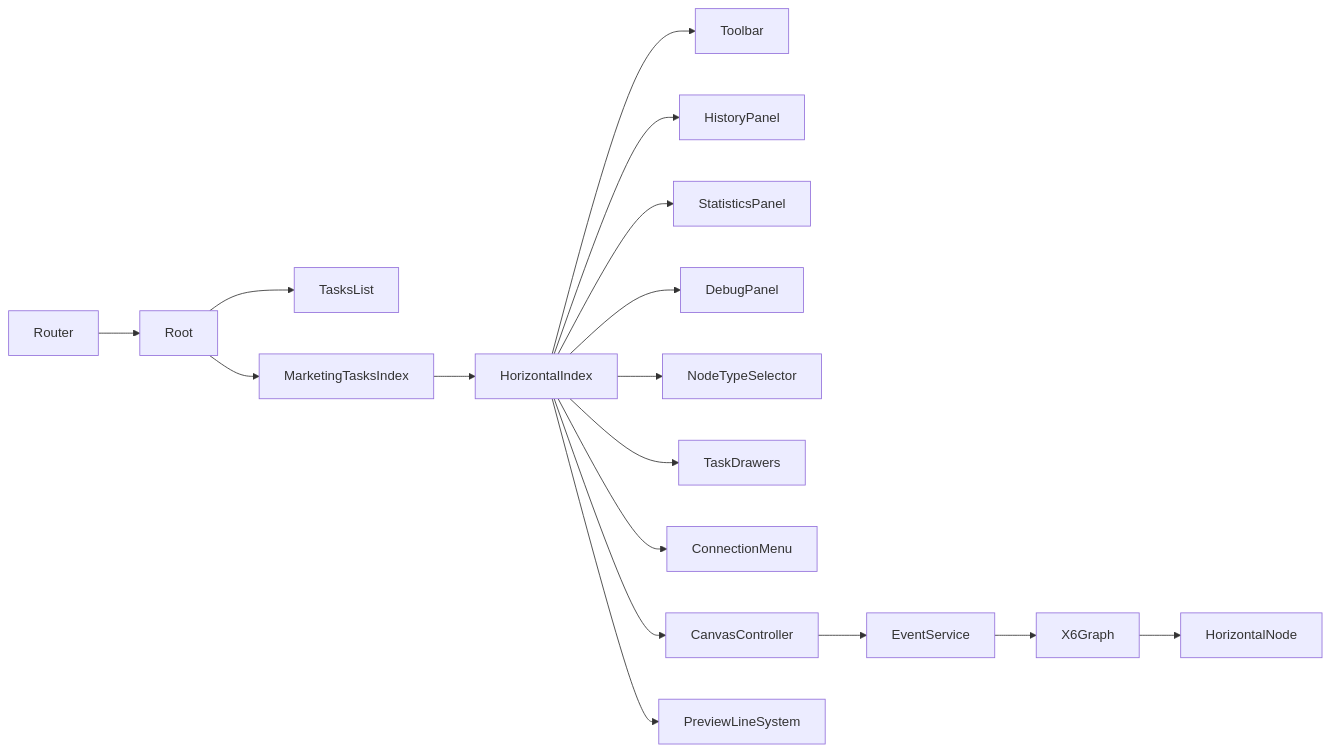
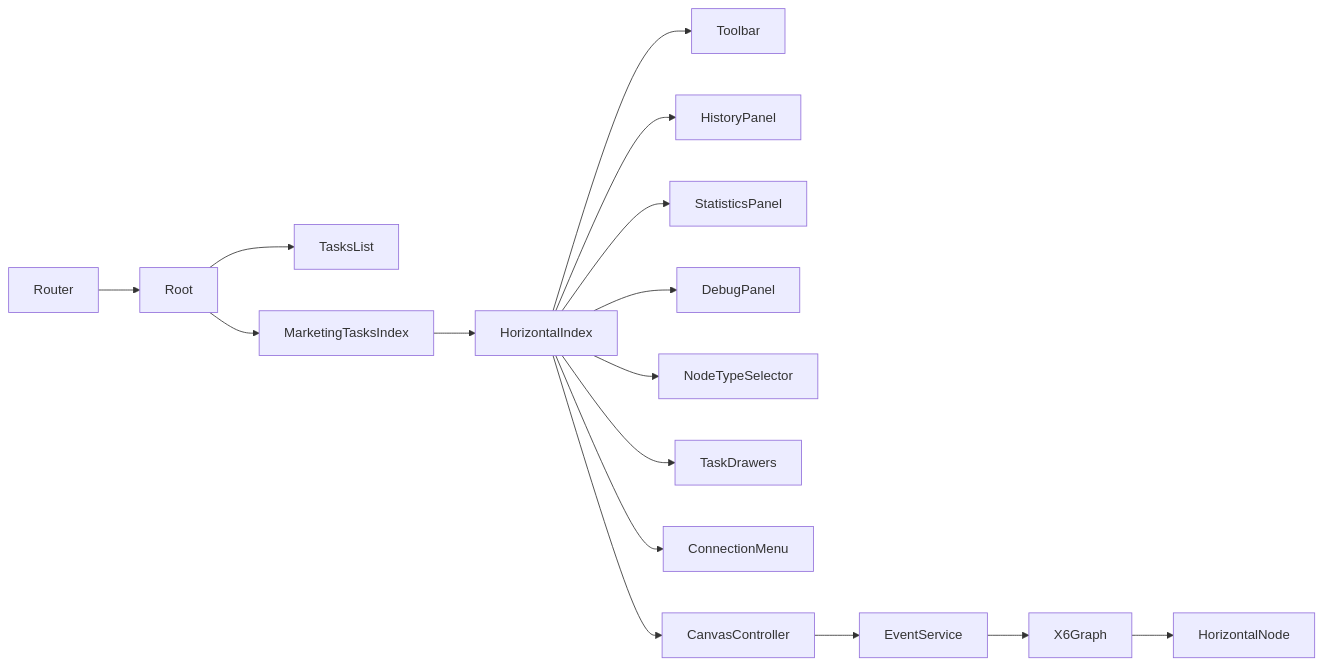
Before and after one commit to wenbo0527/data_community: the diagram in apps/horizontal-canvas/docs/architecture.md, drawn with Mermaid. The commit also changed other lines of this file and 5 other files, not shown here.

Commit message:
chore(docs): purge preview-line references; ui cleanup\n\n- docs: remove preview-line mentions in architecture/usage/README\n- ui: ConnectionContextMenu remove '恢复预览线'\n- remove composable usePreviewLine.js

````diff
--- a/apps/horizontal-canvas/docs/architecture.md
+++ b/apps/horizontal-canvas/docs/architecture.md
@@ -36,22 +36,21 @@
 ```mermaid
 graph LR
   Router --> Root
   Root --> TasksList
   Root --> MarketingTasksIndex
   MarketingTasksIndex --> HorizontalIndex
 
   HorizontalIndex --> Toolbar
   HorizontalIndex --> HistoryPanel
   HorizontalIndex --> StatisticsPanel
   HorizontalIndex --> DebugPanel
   HorizontalIndex --> NodeTypeSelector
   HorizontalIndex --> TaskDrawers
   HorizontalIndex --> ConnectionMenu
 
   HorizontalIndex --> CanvasController
   CanvasController --> EventService
   EventService --> X6Graph
   X6Graph --> HorizontalNode
 
-  HorizontalIndex --> PreviewLineSystem
 ```
````
